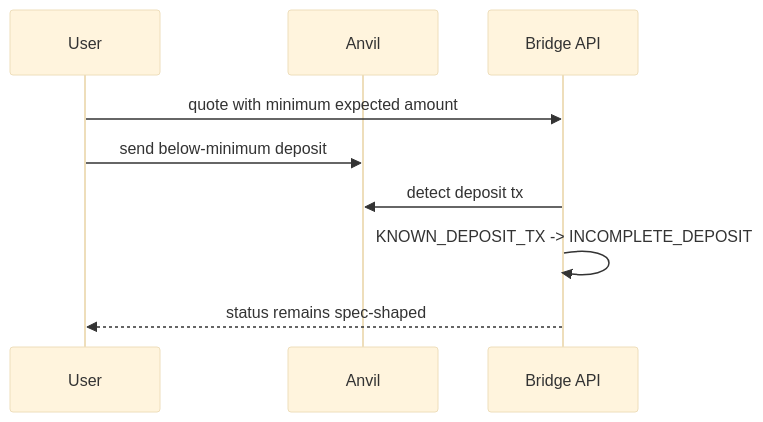
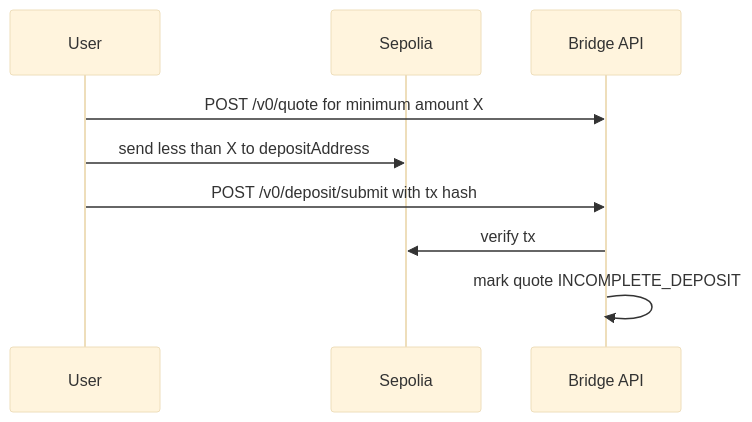
One commit to BrianSeong99/miden-testnet-bridge changed the third of 4 diagrams in docs/E2E_HANDOFF.md. Above: the diagram before and after it, drawn with Mermaid (base theme). The commit also changed other lines of this file and 66 other files, not shown here.

First line of the commit message:
feat: ship Sepolia bridge lab baseline

````diff
--- a/docs/E2E_HANDOFF.md
+++ b/docs/E2E_HANDOFF.md
@@ -219,12 +143,12 @@
 ```mermaid
 sequenceDiagram
     participant User
-    participant Anvil
+    participant Sepolia
     participant BridgeAPI as Bridge API
 
-    User->>BridgeAPI: quote with minimum expected amount
-    User->>Anvil: send below-minimum deposit
-    BridgeAPI->>Anvil: detect deposit tx
-    BridgeAPI->>BridgeAPI: KNOWN_DEPOSIT_TX -> INCOMPLETE_DEPOSIT
-    BridgeAPI-->>User: status remains spec-shaped
+    User->>BridgeAPI: POST /v0/quote for minimum amount X
+    User->>Sepolia: send less than X to depositAddress
+    User->>BridgeAPI: POST /v0/deposit/submit with tx hash
+    BridgeAPI->>Sepolia: verify tx
+    BridgeAPI->>BridgeAPI: mark quote INCOMPLETE_DEPOSIT
 ```
````
